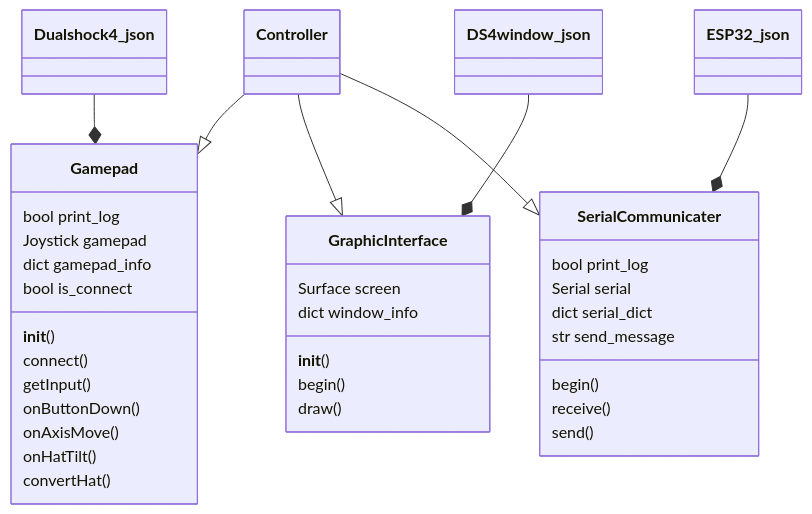
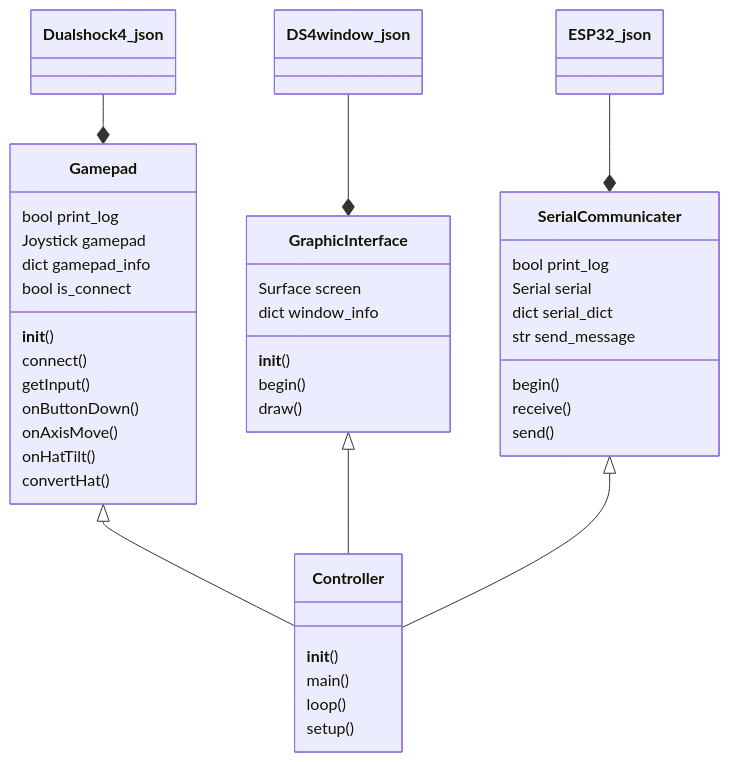
Before and after one commit to Tomoooji/raspi-controller: the first of 2 diagrams in README.md, drawn with Mermaid. The commit also changed other lines of this file, not shown here.

````diff
--- a/README.md
+++ b/README.md
@@ -33,38 +33,44 @@
 ```mermaid
 classDiagram
-    Controller --|> Gamepad
-    Controller --|> GraphicInterface
-    Controller --|> SerialCommunicater
     Dualshock4_json --* Gamepad
     DS4window_json --* GraphicInterface
     ESP32_json --* SerialCommunicater
+    Gamepad <|-- Controller
+    GraphicInterface <|-- Controller
+    SerialCommunicater <|-- Controller
     class Gamepad{
         __init__()
         bool print_log
         Joystick gamepad
         dict gamepad_info
         bool is_connect
         connect()
         getInput()
         onButtonDown()
         onAxisMove()
         onHatTilt()
         convertHat()
     }
     class GraphicInterface{
         __init__()
         Surface screen
         dict window_info
         begin()
         draw()
     }
     class SerialCommunicater{
         bool print_log
         Serial serial
         dict serial_dict
         str send_message
         begin()
         receive()
         send()
     }
+    class Controller{
+        __init__()
+        main()
+        loop()
+        setup()
+    }
 ```
````
